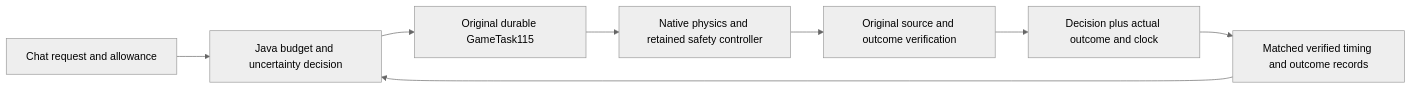
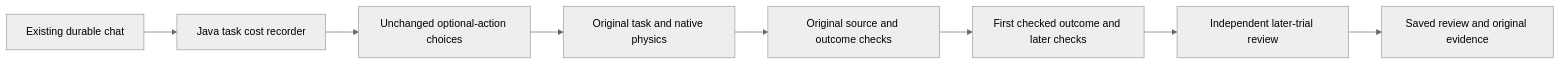
One commit to eyeoverthink/Fraynix-Agent-Workspace changed the diagram in README.md. Above: the diagram before and after it, drawn with Mermaid (neutral theme). The commit also changed other lines of this file and 870 other files, not shown here.

Commit message:
Prepare complete edition 125 documentation, reviewed screenshots and retained original evidence

````diff
--- a/README.md
+++ b/README.md
@@ -173,10 +151,10 @@
 ```mermaid
 flowchart LR
-  Request[Chat request and allowance] --> Choice[Java budget and uncertainty decision]
-  History[Matched verified timing and outcome records] --> Choice
-  Choice --> Task[Original durable GameTask115]
-  Task --> Runtime[Native physics and retained safety controller]
-  Runtime --> Verify[Original source and outcome verification]
-  Verify --> Receipt[Decision plus actual outcome and clock]
-  Receipt --> History
+  Chat[Existing durable chat] --> Costs[Java task cost recorder]
+  Costs --> Choices[Unchanged optional-action choices]
+  Choices --> Native[Original task and native physics]
+  Native --> Checks[Original source and outcome checks]
+  Checks --> Clock[First checked outcome and later checks]
+  Clock --> Review[Independent later-trial review]
+  Review --> History[Saved review and original evidence]
 ```
````
